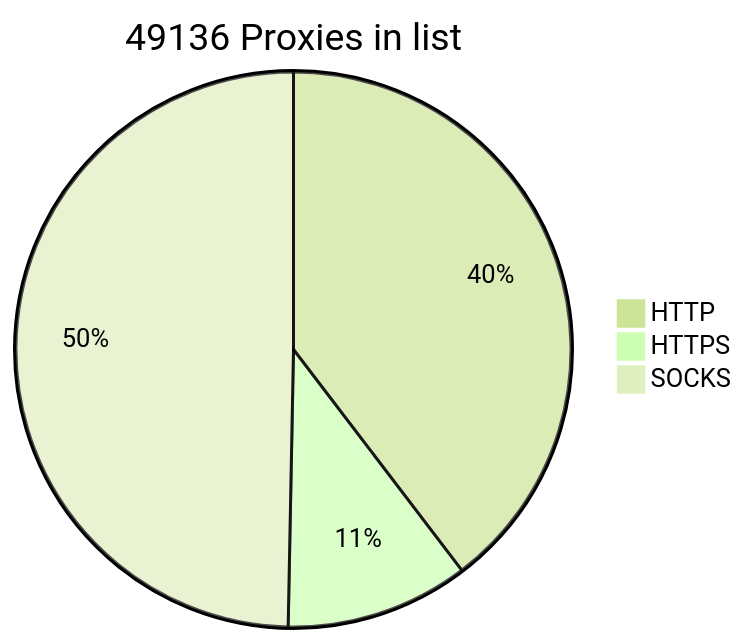
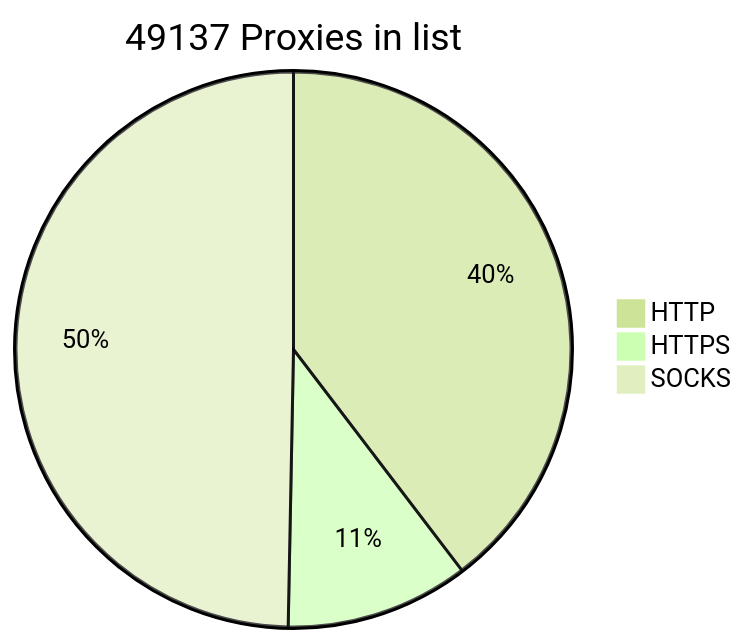
The diagram in README.md (BlackSnowDot/proxylist-update-every-minute), drawn with Mermaid (forest theme) before and after one commit.

````diff
--- a/README.md
+++ b/README.md
@@ -2,6 +2,6 @@
 ```mermaid
-pie title 49136 Proxies in list
+pie title 49137 Proxies in list
     "HTTP" : 21521
     "HTTPS": 5794
-    "SOCKS" : 26982
+    "SOCKS" : 26983
 ```
````
